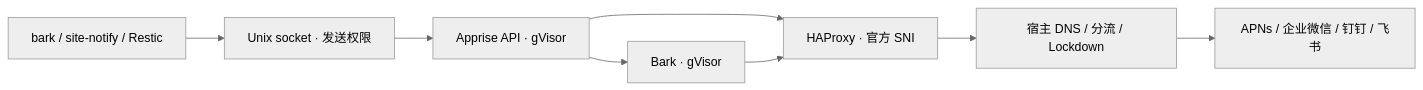
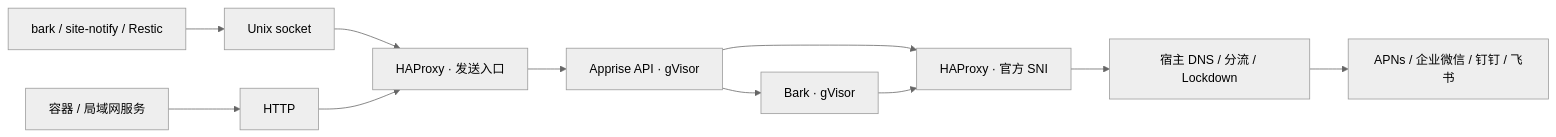
Before and after one commit to hellodword/nixos-config: the diagram in docs/notifications.md, drawn with Mermaid (neutral theme). The commit also changed other lines of this file and 1 other file, not shown here.

Commit message:
feat: expose notification sending over private HTTP

````diff
--- a/docs/notifications.md
+++ b/docs/notifications.md
@@ -5,10 +5,13 @@
 ```mermaid
 flowchart LR
-  C["bark / site-notify / Restic"] --> U["Unix socket · 发送权限"]
-  U --> A["Apprise API · gVisor"]
+  C["bark / site-notify / Restic"] --> U["Unix socket"]
+  D["容器 / 局域网服务"] --> H["HTTP"]
+  U --> P["HAProxy · 发送入口"]
+  H --> P
+  P --> A["Apprise API · gVisor"]
   A --> B["Bark · gVisor"]
   A --> R["HAProxy · 官方 SNI"]
   B --> R
   R --> N["宿主 DNS / 分流 / Lockdown"]
   N --> O["APNs / 企业微信 / 钉钉 / 飞书"]
 ```
````
